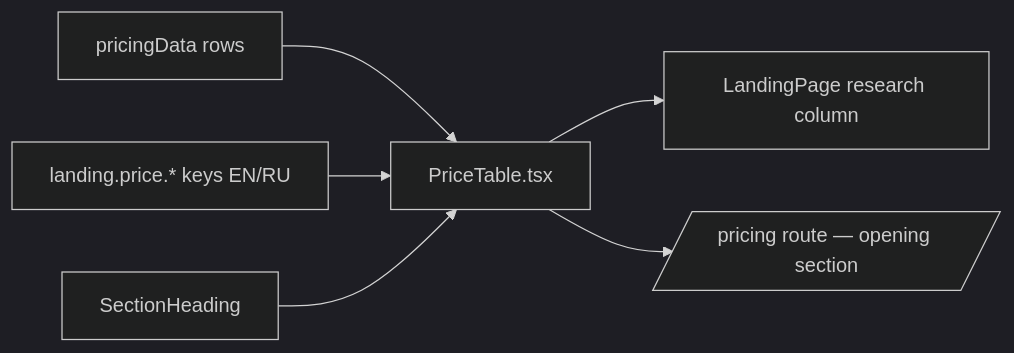
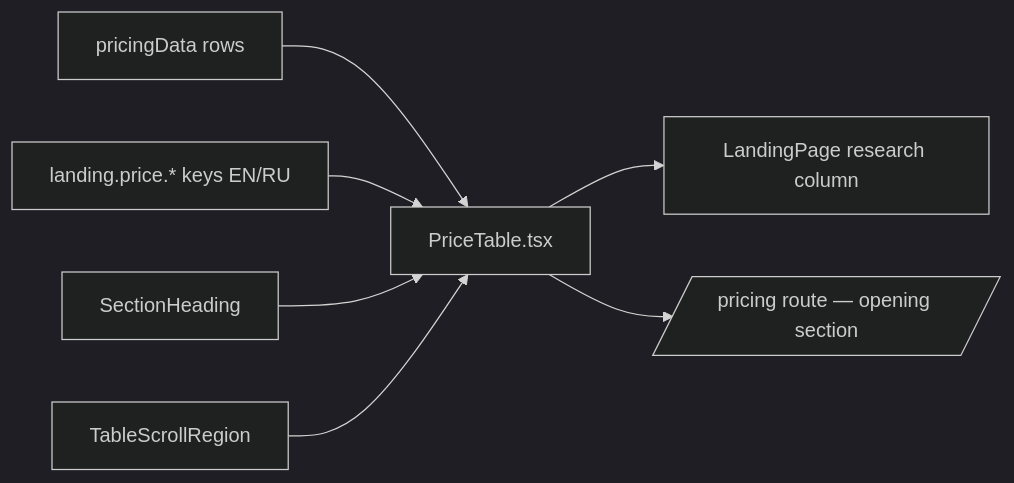
Before and after one commit to AzamatRaimbekov2/openCreate: the diagram in apps/web/src/modules/Landing/components/PriceTable.tsx.md, drawn with Mermaid (dark theme). The commit also changed other lines of this file and 11 other files, not shown here.

````diff
--- a/apps/web/src/modules/Landing/components/PriceTable.tsx.md
+++ b/apps/web/src/modules/Landing/components/PriceTable.tsx.md
@@ -32,8 +32,9 @@
 ```mermaid
 flowchart LR
   Data[pricingData rows] --> PT[PriceTable.tsx]
   I18N[landing.price.* keys EN/RU] --> PT
   SH[SectionHeading] --> PT
+  TSR[TableScrollRegion] --> PT
   PT --> LP[LandingPage research column]
   PT --> PR[/pricing route — opening section/]
 ```
````
